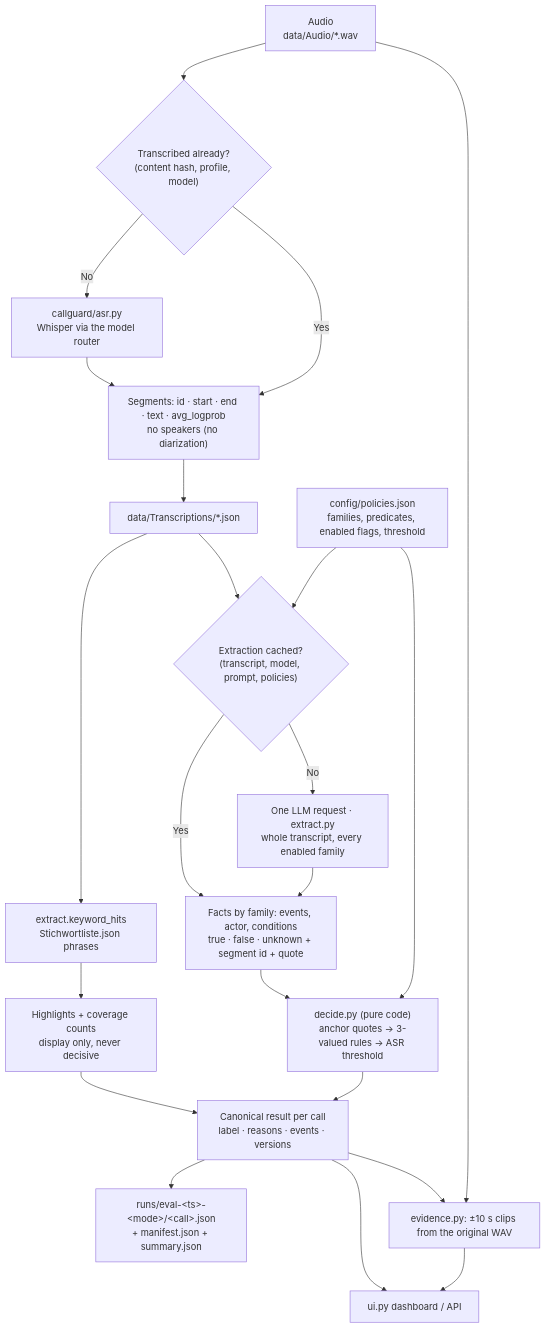
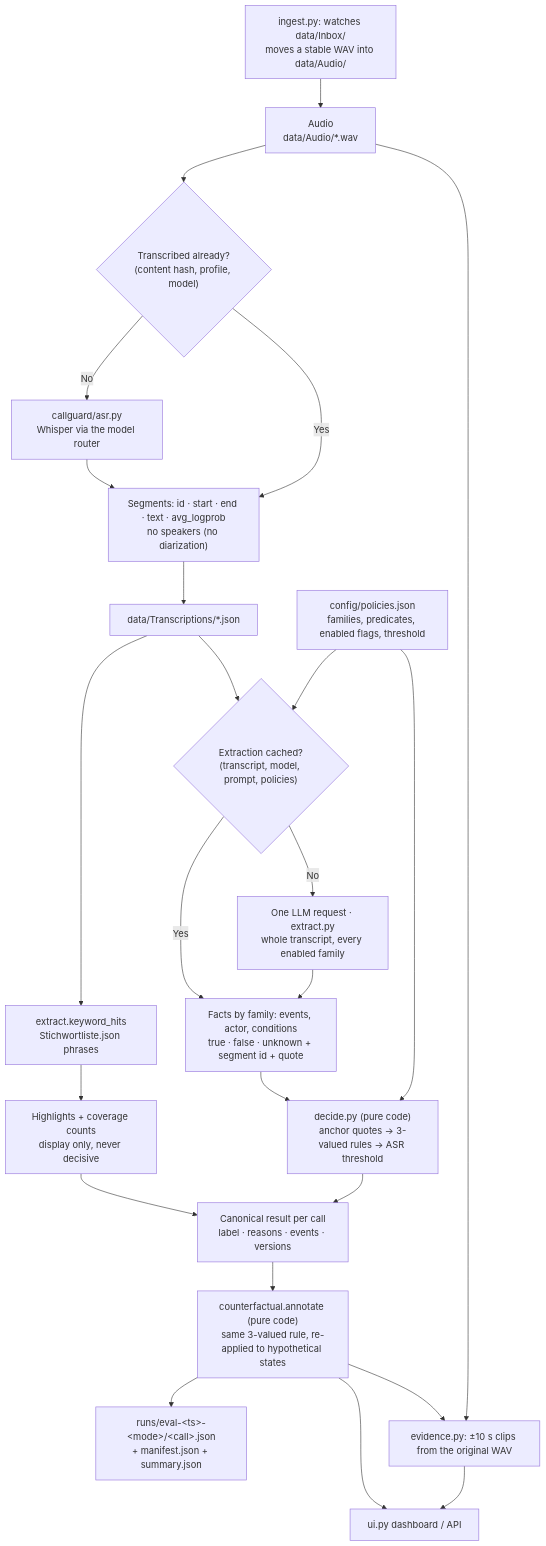
One commit to ep520/Solvent changed the first of 5 diagrams in PIPELINE_FLOW.md. Above: the diagram before and after it, drawn with Mermaid. The commit also changed other lines of this file and 2 other files, not shown here.

Commit message:
Align PIPELINE.md, PIPELINE_FLOW.md and PLAN.md with the PR#2 integration
Document what the previous two commits actually added, before pushing:

- PIPELINE.md: new §2.7 (counterfactual explanations) and §2.8 (automatic
  ingest); §2.5 gets the qwen3/qwen3_fast/ollama_qwen3/whisper_local profiles
  and runpod/ scripts; test table and implemented/missing checklists updated;
  compliance paragraph now notes the self-hosted path is ready but unrun.
- PIPELINE_FLOW.md: diagram 1 gains the ingest entry point and the
  counterfactual-annotation step; diagram 5 gains the `callguard.ingest`
  command path. All five diagrams re-rendered with mermaid-cli to confirm
  valid syntax.
- PLAN.md: new Step 9 logs the integration itself (what was taken, what was
  deliberately excluded and why, the merge mechanics, verification done) and
  the files table gains rows for the five new modules.

````diff
--- a/PIPELINE_FLOW.md
+++ b/PIPELINE_FLOW.md
@@ -8,32 +8,35 @@
 ```mermaid
 flowchart TD
+    INBOX["ingest.py: watches data/Inbox/<br/>moves a stable WAV into data/Audio/"]
     WAV["Audio<br/>data/Audio/*.wav"]
     ASR_CACHE{"Transcribed already?<br/>(content hash, profile, model)"}
+    INBOX --> WAV
     ASR["callguard/asr.py<br/>Whisper via the model router"]
     TRANSCRIPT["Segments: id · start · end · text · avg_logprob<br/>no speakers (no diarization)"]
 
     WAV --> ASR_CACHE
     ASR_CACHE -- No --> ASR --> TRANSCRIPT
     ASR_CACHE -- Yes --> TRANSCRIPT
     TRANSCRIPT --> TRANSCRIPT_CACHE["data/Transcriptions/*.json"]
 
     TRANSCRIPT_CACHE --> KEYWORDS["extract.keyword_hits<br/>Stichwortliste.json phrases"]
     KEYWORDS --> HIGHLIGHTS["Highlights + coverage counts<br/>display only, never decisive"]
 
     TRANSCRIPT_CACHE --> EXTRACT_CACHE{"Extraction cached?<br/>(transcript, model, prompt, policies)"}
     POLICIES["config/policies.json<br/>families, predicates, enabled flags, threshold"] --> EXTRACT_CACHE
     EXTRACT_CACHE -- No --> LLM["One LLM request · extract.py<br/>whole transcript, every enabled family"]
     EXTRACT_CACHE -- Yes --> FACTS
     LLM --> FACTS["Facts by family: events, actor, conditions<br/>true · false · unknown + segment id + quote"]
 
     FACTS --> DECIDE["decide.py (pure code)<br/>anchor quotes → 3-valued rules → ASR threshold"]
     POLICIES --> DECIDE
     HIGHLIGHTS --> RESULT
     DECIDE --> RESULT["Canonical result per call<br/>label · reasons · events · versions"]
+    RESULT --> XAI["counterfactual.annotate (pure code)<br/>same 3-valued rule, re-applied to hypothetical states"]
 
-    RESULT --> FILES["runs/eval-&lt;ts&gt;-&lt;mode&gt;/&lt;call&gt;.json<br/>+ manifest.json + summary.json"]
-    RESULT --> CLIPS["evidence.py: ±10 s clips from the original WAV"]
+    XAI --> FILES["runs/eval-&lt;ts&gt;-&lt;mode&gt;/&lt;call&gt;.json<br/>+ manifest.json + summary.json"]
+    XAI --> CLIPS["evidence.py: ±10 s clips from the original WAV"]
     WAV --> CLIPS
-    RESULT --> DASHBOARD["ui.py dashboard / API"]
+    XAI --> DASHBOARD["ui.py dashboard / API"]
     CLIPS --> DASHBOARD
 ```
````
